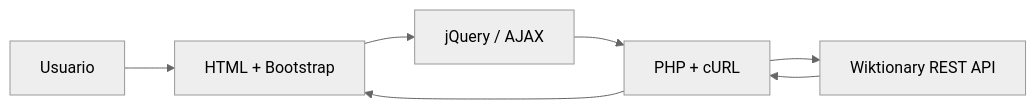
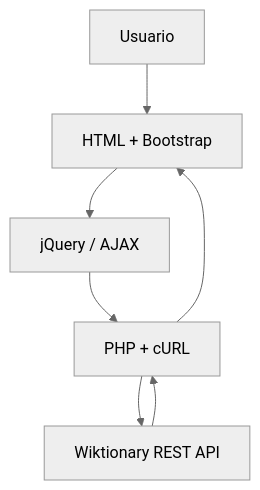
One commit to truquinio/clonWiki changed the diagram in README.md. Above: the diagram before and after it, drawn with Mermaid (neutral theme). The commit also changed other lines of this file, not shown here.

```diff
--- a/README.md
+++ b/README.md
@@ -32,9 +32,9 @@
 ~~~mermaid
-flowchart LR
+flowchart TD
     U["Usuario"] --> F["HTML + Bootstrap"]
     F --> J["jQuery / AJAX"]
     J --> P["PHP + cURL"]
     P --> W["Wiktionary REST API"]
     W --> P
     P --> F
 ~~~
```
